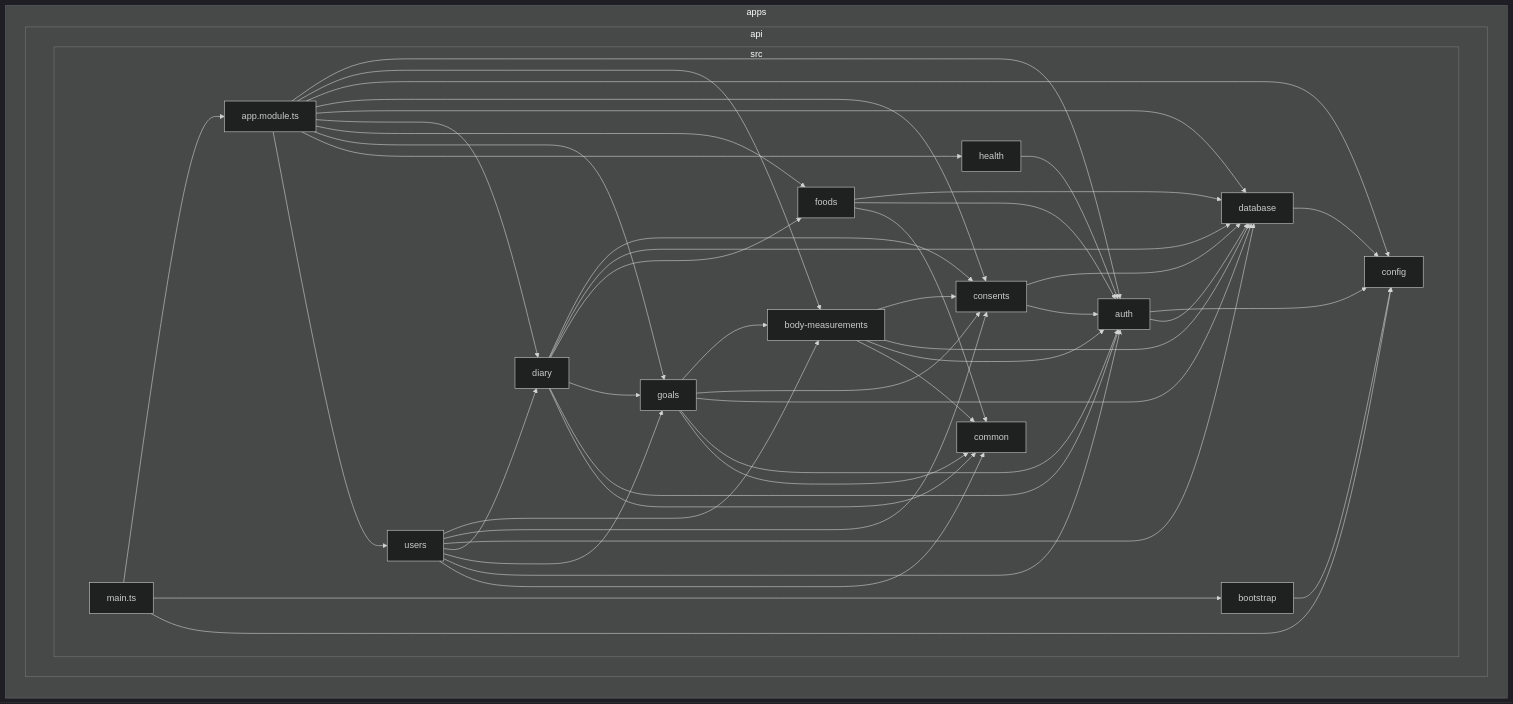
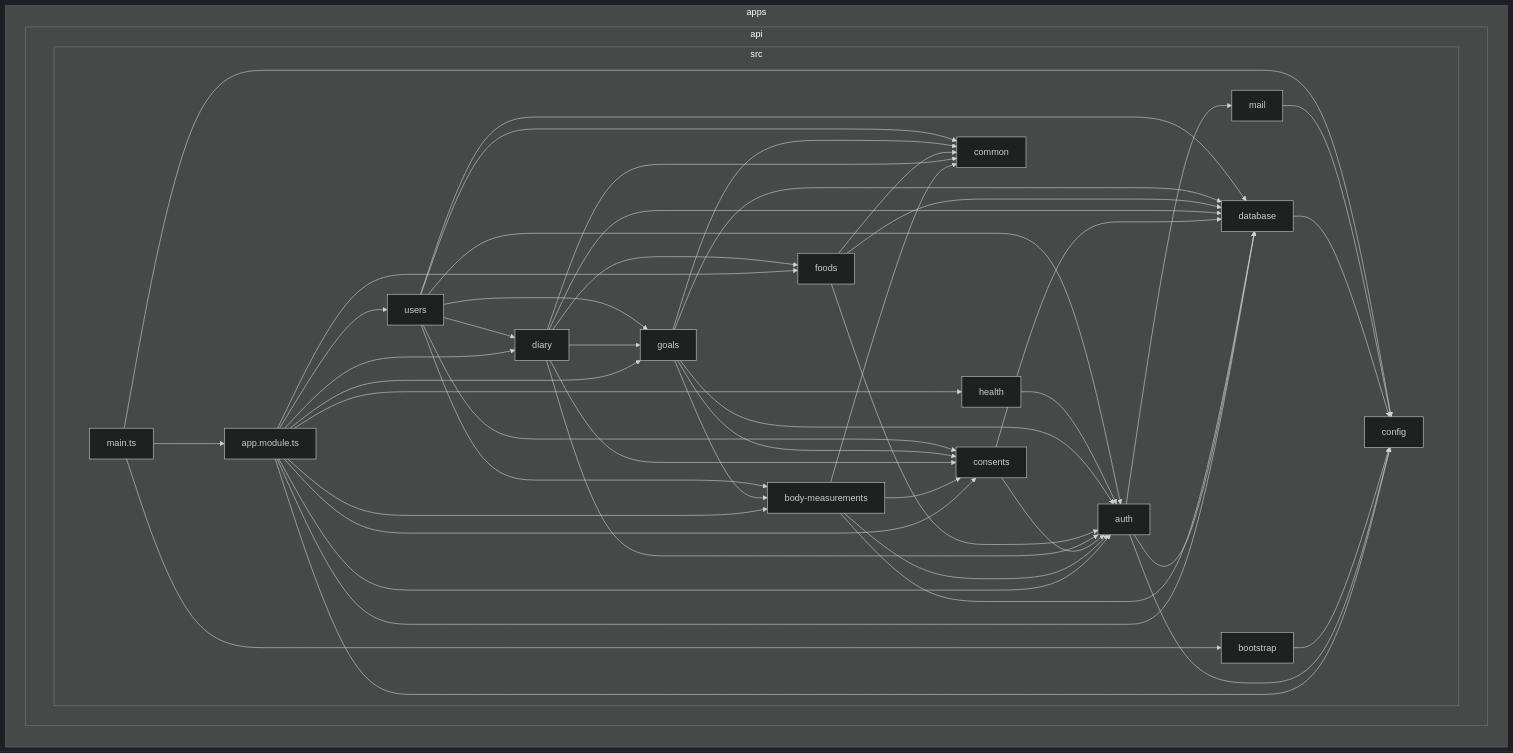
One commit to FireC4io/minhasaude changed the first of 3 diagrams in docs/arquitetura/dependencias.md. Above: the diagram before and after it, drawn with Mermaid (dark theme). The commit also changed other lines of this file and 47 other files, not shown here.

First line of the commit message:
feat(auth): recuperar senha com codigo de 6 digitos por e-mail

````diff
--- a/docs/arquitetura/dependencias.md
+++ b/docs/arquitetura/dependencias.md
@@ -9,69 +9,72 @@
 ```mermaid
 flowchart LR
 
 subgraph apps["apps"]
   subgraph apps_api["api"]
     subgraph apps_api_src["src"]
       apps_api_src_app_module_ts["app.module.ts"]
       apps_api_src_auth["auth"]
       apps_api_src_body_measurements["body-measurements"]
       apps_api_src_bootstrap["bootstrap"]
       apps_api_src_common["common"]
       apps_api_src_config["config"]
       apps_api_src_consents["consents"]
       apps_api_src_database["database"]
       apps_api_src_diary["diary"]
       apps_api_src_foods["foods"]
       apps_api_src_goals["goals"]
       apps_api_src_health["health"]
+      apps_api_src_mail["mail"]
       apps_api_src_main_ts["main.ts"]
       apps_api_src_users["users"]
     end
   end
 end
 apps_api_src_app_module_ts-->apps_api_src_auth
 apps_api_src_app_module_ts-->apps_api_src_body_measurements
 apps_api_src_app_module_ts-->apps_api_src_config
 apps_api_src_app_module_ts-->apps_api_src_consents
 apps_api_src_app_module_ts-->apps_api_src_database
 apps_api_src_app_module_ts-->apps_api_src_diary
 apps_api_src_app_module_ts-->apps_api_src_foods
 apps_api_src_app_module_ts-->apps_api_src_goals
 apps_api_src_app_module_ts-->apps_api_src_health
 apps_api_src_app_module_ts-->apps_api_src_users
 apps_api_src_auth-->apps_api_src_config
 apps_api_src_auth-->apps_api_src_database
+apps_api_src_auth-->apps_api_src_mail
 apps_api_src_body_measurements-->apps_api_src_consents
 apps_api_src_body_measurements-->apps_api_src_database
 apps_api_src_body_measurements-->apps_api_src_auth
 apps_api_src_body_measurements-->apps_api_src_common
 apps_api_src_bootstrap-->apps_api_src_config
 apps_api_src_consents-->apps_api_src_database
 apps_api_src_consents-->apps_api_src_auth
 apps_api_src_database-->apps_api_src_config
 apps_api_src_diary-->apps_api_src_consents
 apps_api_src_diary-->apps_api_src_database
 apps_api_src_diary-->apps_api_src_foods
 apps_api_src_diary-->apps_api_src_goals
 apps_api_src_diary-->apps_api_src_auth
 apps_api_src_diary-->apps_api_src_common
 apps_api_src_foods-->apps_api_src_database
 apps_api_src_foods-->apps_api_src_auth
 apps_api_src_foods-->apps_api_src_common
 apps_api_src_goals-->apps_api_src_body_measurements
 apps_api_src_goals-->apps_api_src_consents
 apps_api_src_goals-->apps_api_src_database
 apps_api_src_goals-->apps_api_src_auth
 apps_api_src_goals-->apps_api_src_common
 apps_api_src_health-->apps_api_src_auth
+apps_api_src_mail-->apps_api_src_config
 apps_api_src_main_ts-->apps_api_src_app_module_ts
 apps_api_src_main_ts-->apps_api_src_bootstrap
 apps_api_src_main_ts-->apps_api_src_config
 apps_api_src_users-->apps_api_src_body_measurements
 apps_api_src_users-->apps_api_src_consents
 apps_api_src_users-->apps_api_src_database
 apps_api_src_users-->apps_api_src_diary
 apps_api_src_users-->apps_api_src_goals
 apps_api_src_users-->apps_api_src_auth
 apps_api_src_users-->apps_api_src_common
 ```
````
